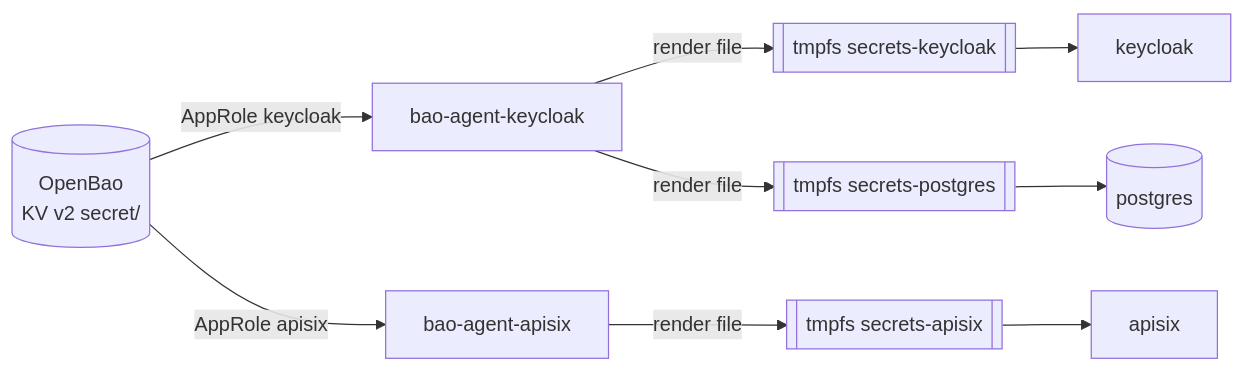
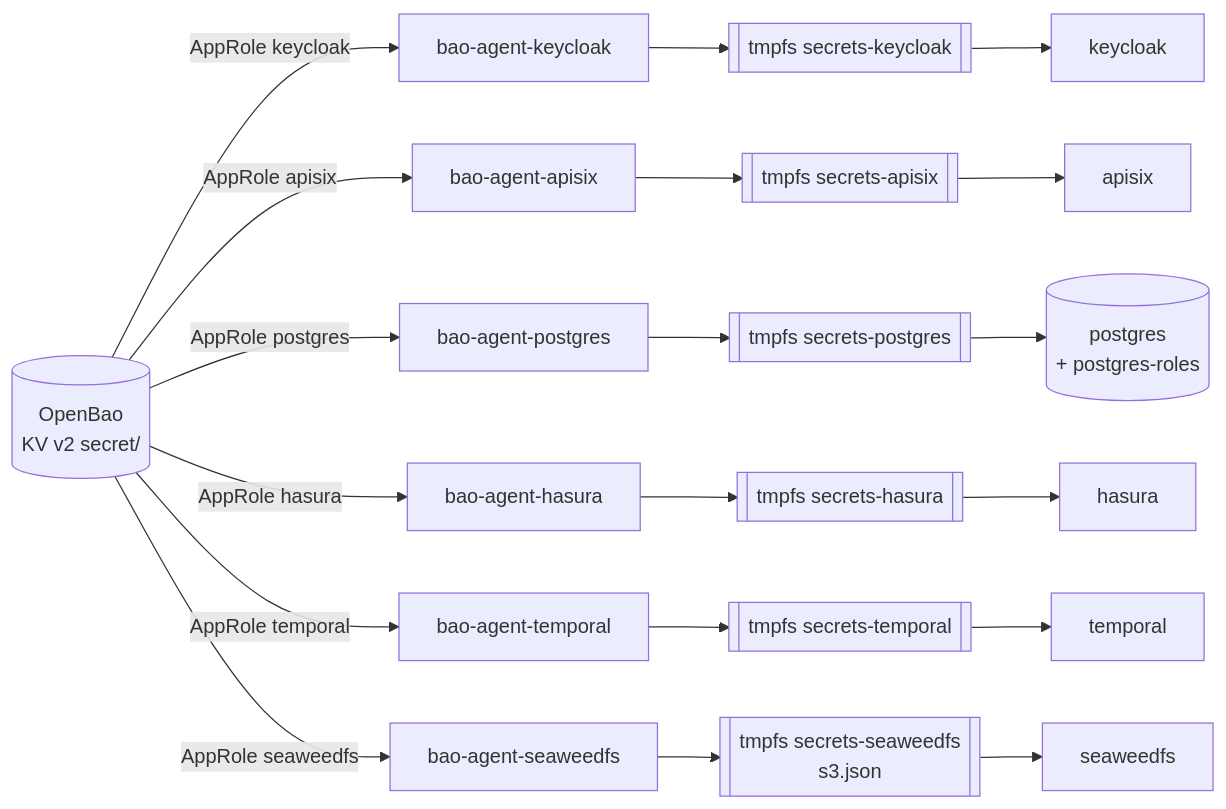
One commit to disaster-dxos/disaster-dxos changed the sixth of 7 diagrams in docs/architecture.md. Above: the diagram before and after it, drawn with Mermaid. The commit also changed other lines of this file and 22 other files, not shown here.

First line of the commit message:
feat(core): gộp Hasura CE, SeaweedFS, Temporal, NATS vào profile core, bí mật từ OpenBao (#11)

````diff
--- a/docs/architecture.md
+++ b/docs/architecture.md
@@ -325,8 +369,10 @@
 ```mermaid
 flowchart LR
-  BAO[("OpenBao<br/>KV v2 secret/")] -->|"AppRole keycloak"| AK["bao-agent-keycloak"]
-  BAO -->|"AppRole apisix"| AA["bao-agent-apisix"]
-  AK -->|"render file"| VK[["tmpfs secrets-keycloak"]] --> KC["keycloak"]
-  AK -->|"render file"| VP[["tmpfs secrets-postgres"]] --> PG[("postgres")]
-  AA -->|"render file"| VA[["tmpfs secrets-apisix"]] --> GW["apisix"]
+  BAO[("OpenBao<br/>KV v2 secret/")]
+  BAO -->|"AppRole keycloak"| AK["bao-agent-keycloak"] --> VK[["tmpfs secrets-keycloak"]] --> KC["keycloak"]
+  BAO -->|"AppRole apisix"| AA["bao-agent-apisix"] --> VA[["tmpfs secrets-apisix"]] --> GW["apisix"]
+  BAO -->|"AppRole postgres"| AP["bao-agent-postgres"] --> VP[["tmpfs secrets-postgres"]] --> PG[("postgres<br/>+ postgres-roles")]
+  BAO -->|"AppRole hasura"| AH["bao-agent-hasura"] --> VH[["tmpfs secrets-hasura"]] --> HS["hasura"]
+  BAO -->|"AppRole temporal"| AT["bao-agent-temporal"] --> VT[["tmpfs secrets-temporal"]] --> TP["temporal"]
+  BAO -->|"AppRole seaweedfs"| AS["bao-agent-seaweedfs"] --> VS[["tmpfs secrets-seaweedfs<br/>s3.json"]] --> SW["seaweedfs"]
 ```
````
